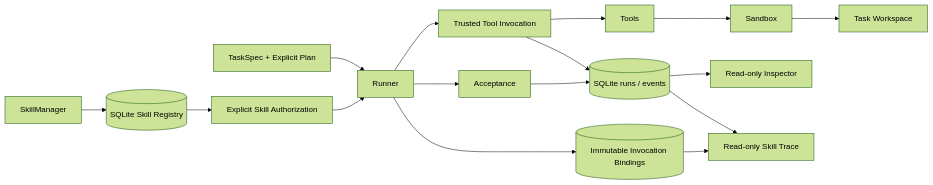
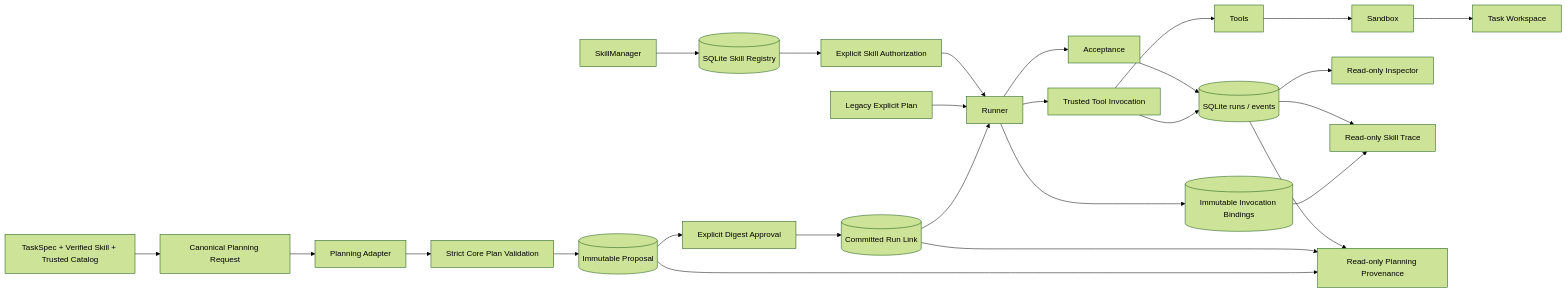
One commit to startuo/Axis-EVO changed the diagram in README.md. Above: the diagram before and after it, drawn with Mermaid (forest theme). The commit also changed other lines of this file and 6 other files, not shown here.

First line of the commit message:
feat: add approved Skill-guided planning with immutable provenance

````diff
--- a/README.md
+++ b/README.md
@@ -169,18 +234,28 @@
 ```mermaid
 flowchart LR
-    Task[TaskSpec + Explicit Plan] --> Runner
+    Task[TaskSpec + Verified Skill + Trusted Catalog] --> Request[Canonical Planning Request]
+    Request --> Adapter[Planning Adapter]
+    Adapter --> Validate[Strict Core Plan Validation]
+    Validate --> Proposal[(Immutable Proposal)]
+    Proposal --> Approval[Explicit Digest Approval]
+    Approval --> Link[(Committed Run Link)]
+    Link --> Runner
+    Explicit[Legacy Explicit Plan] --> Runner
     Runner --> Core[Trusted Tool Invocation]
     Core --> Tools
     Tools --> Sandbox
     Sandbox --> Workspace[Task Workspace]
     Core --> Facts[(SQLite runs / events)]
     Runner --> Acceptance
     Acceptance --> Facts
     Facts --> Inspector[Read-only Inspector]
     Skills[SkillManager] --> Registry[(SQLite Skill Registry)]
     Registry --> Binding[Explicit Skill Authorization]
     Binding --> Runner
     Runner --> Bindings[(Immutable Invocation Bindings)]
     Bindings --> SkillTrace[Read-only Skill Trace]
     Facts --> SkillTrace
+    Proposal --> PlanningTrace[Read-only Planning Provenance]
+    Link --> PlanningTrace
+    Facts --> PlanningTrace
 ```
````
